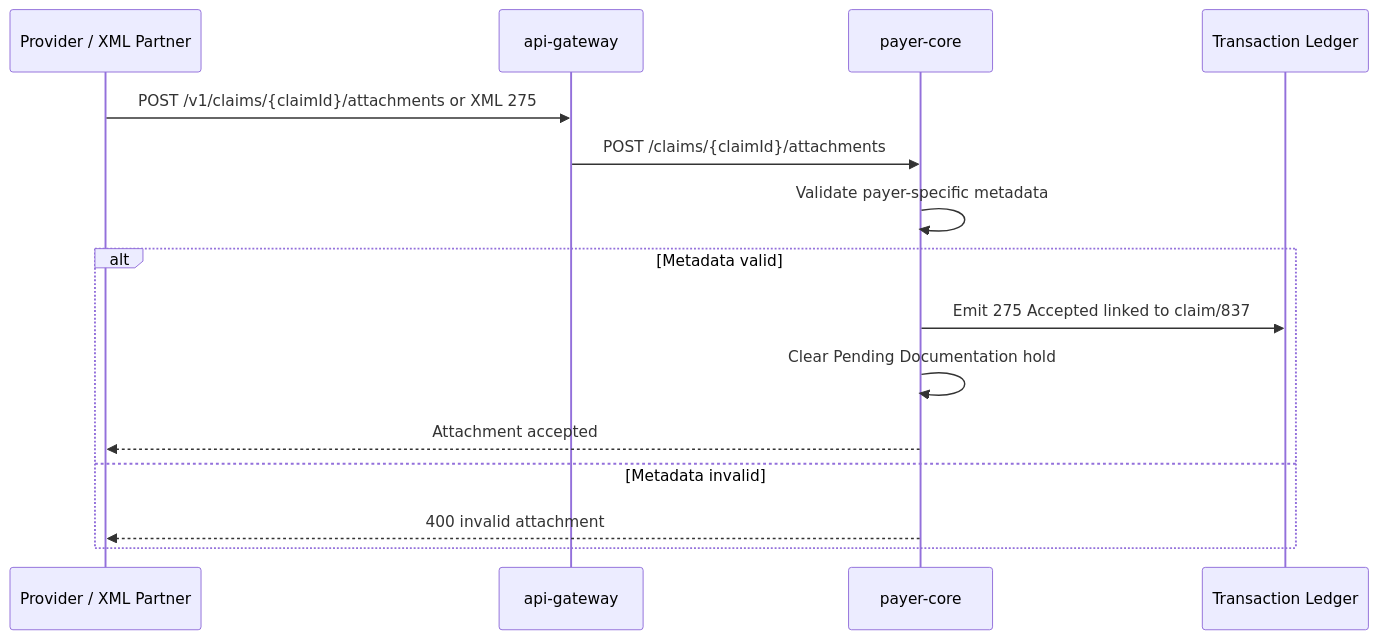
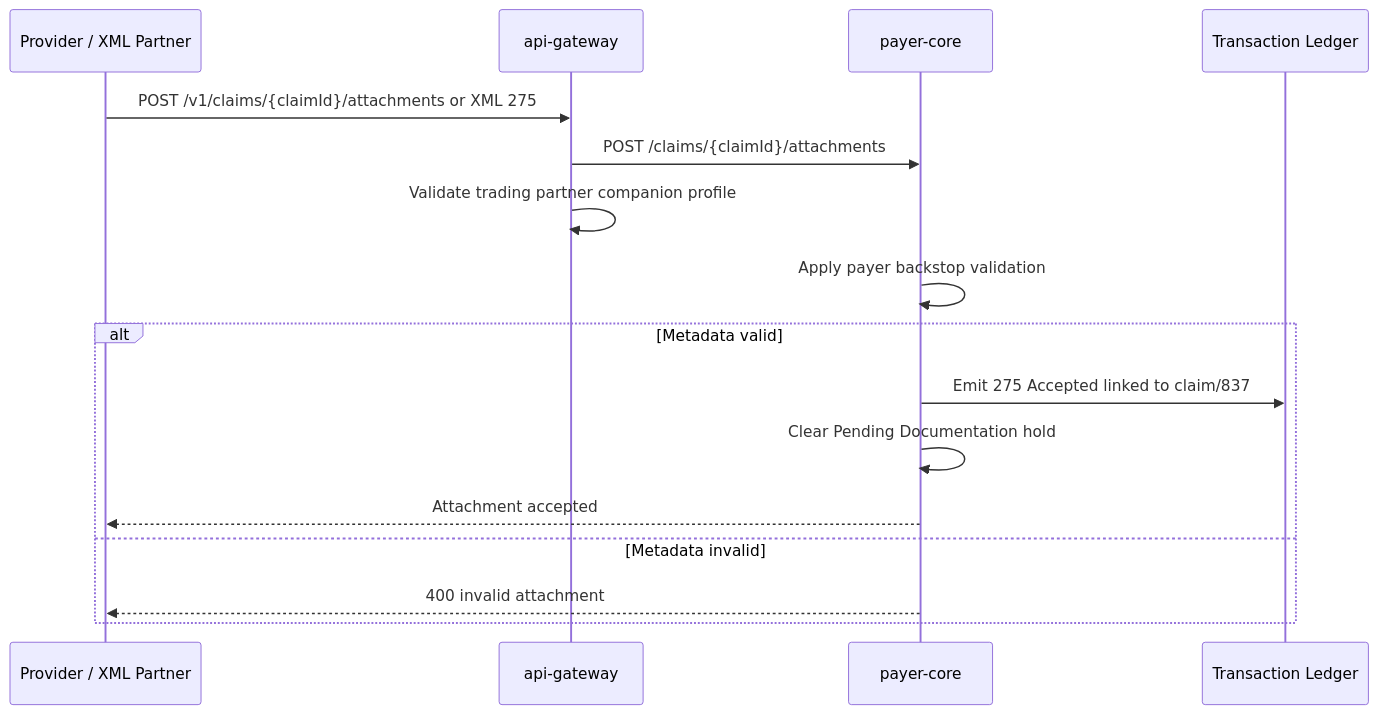
Before and after one commit to orieken/adventure-society-health-network: the eighth of 17 diagrams in docs/supported-workflows.md, drawn with Mermaid. The commit also changed other lines of this file and 21 other files, not shown here.

````diff
--- a/docs/supported-workflows.md
+++ b/docs/supported-workflows.md
@@ -167,18 +196,19 @@
 ```mermaid
 sequenceDiagram
     participant Provider as Provider / XML Partner
     participant Gateway as api-gateway
     participant Payer as payer-core
     participant Ledger as Transaction Ledger
 
     Provider->>Gateway: POST /v1/claims/{claimId}/attachments or XML 275
     Gateway->>Payer: POST /claims/{claimId}/attachments
-    Payer->>Payer: Validate payer-specific metadata
+    Gateway->>Gateway: Validate trading partner companion profile
+    Payer->>Payer: Apply payer backstop validation
     alt Metadata valid
         Payer->>Ledger: Emit 275 Accepted linked to claim/837
         Payer->>Payer: Clear Pending Documentation hold
         Payer-->>Provider: Attachment accepted
     else Metadata invalid
         Payer-->>Provider: 400 invalid attachment
     end
 ```
````
